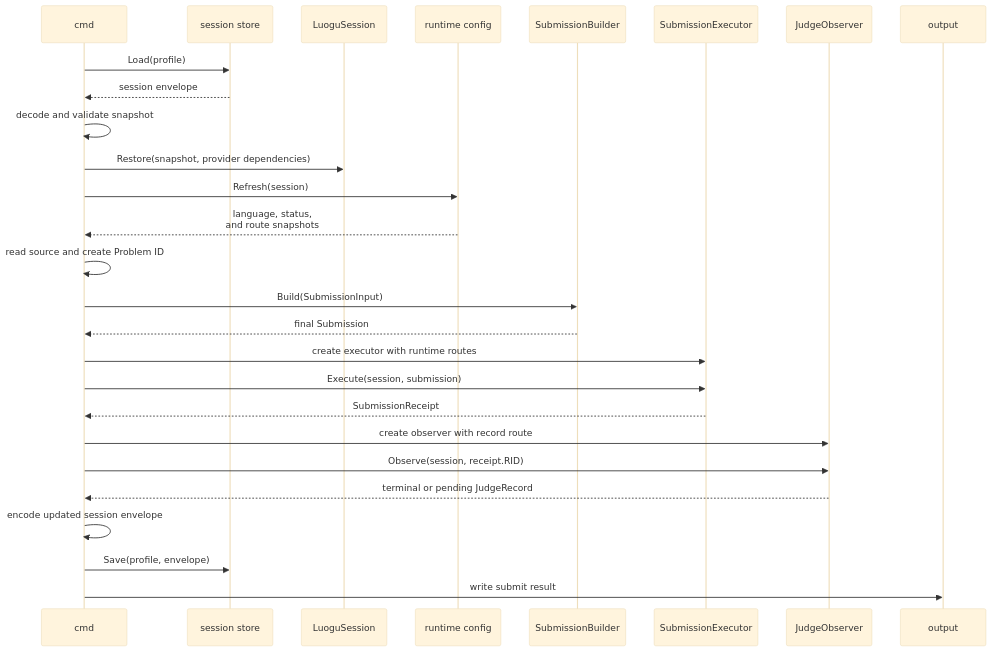
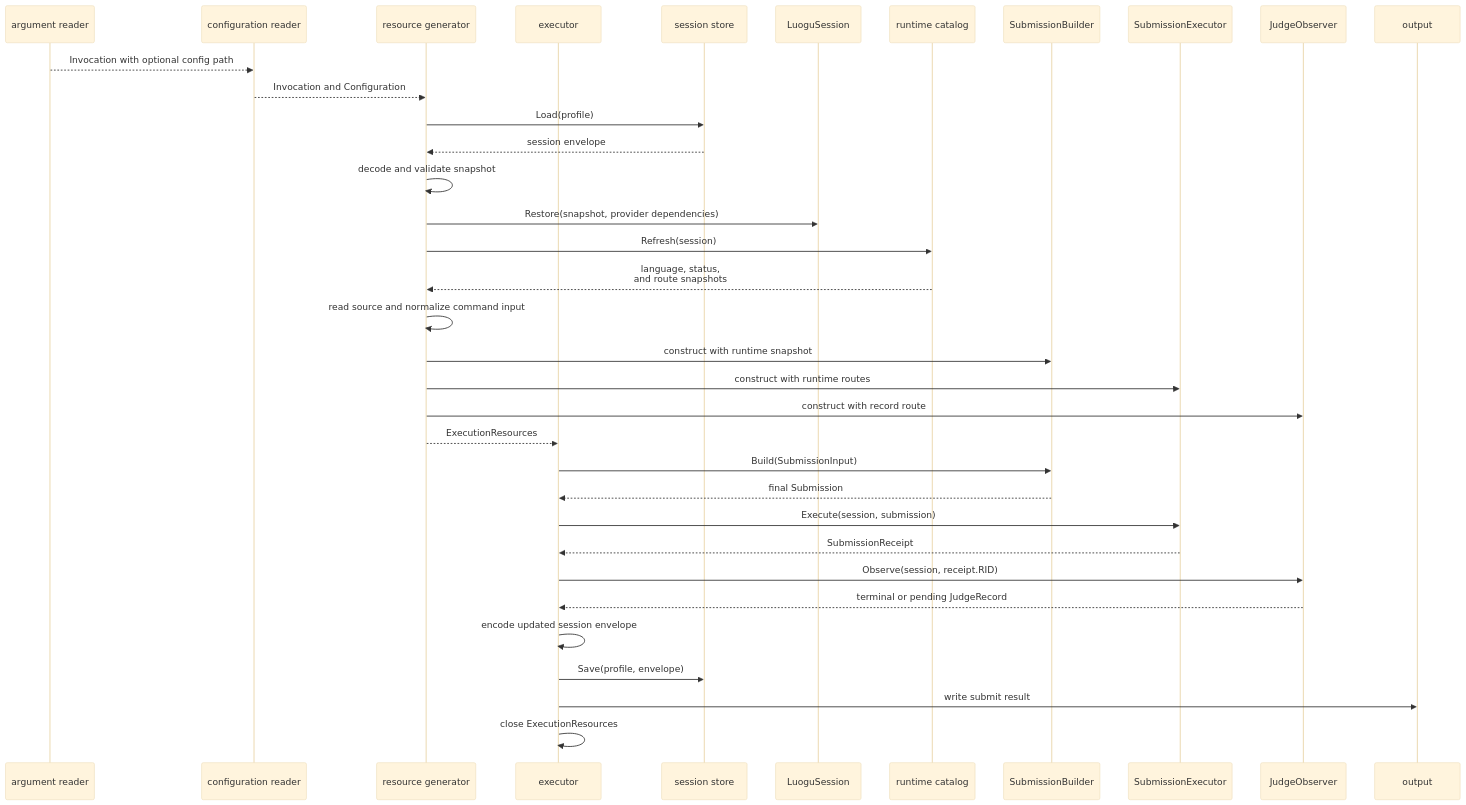
The fifth of 5 diagrams in docs/design/cmd.md (haomingbai/lgc), drawn with Mermaid (base theme) before and after one commit. The commit also changed other lines of this file and 1 other file, not shown here.

Commit message:
docs(design): define command pipeline stages

````diff
--- a/docs/design/cmd.md
+++ b/docs/design/cmd.md
@@ -172,30 +296,38 @@
 ```mermaid
 sequenceDiagram
-    participant C as cmd
+    participant A as argument reader
+    participant C as configuration reader
+    participant G as resource generator
+    participant E as executor
     participant T as session store
     participant S as LuoguSession
-    participant R as runtime config
+    participant R as runtime catalog
     participant B as SubmissionBuilder
-    participant E as SubmissionExecutor
+    participant X as SubmissionExecutor
     participant J as JudgeObserver
     participant O as output
 
-    C->>T: Load(profile)
-    T-->>C: session envelope
-    C->>C: decode and validate snapshot
-    C->>S: Restore(snapshot, provider dependencies)
-    C->>R: Refresh(session)
-    R-->>C: language, status,<br/>and route snapshots
-    C->>C: read source and create Problem ID
-    C->>B: Build(SubmissionInput)
-    B-->>C: final Submission
-    C->>E: create executor with runtime routes
-    C->>E: Execute(session, submission)
-    E-->>C: SubmissionReceipt
-    C->>J: create observer with record route
-    C->>J: Observe(session, receipt.RID)
-    J-->>C: terminal or pending JudgeRecord
-    C->>C: encode updated session envelope
-    C->>T: Save(profile, envelope)
-    C->>O: write submit result
+    A-->>C: Invocation with optional config path
+    C-->>G: Invocation and Configuration
+    G->>T: Load(profile)
+    T-->>G: session envelope
+    G->>G: decode and validate snapshot
+    G->>S: Restore(snapshot, provider dependencies)
+    G->>R: Refresh(session)
+    R-->>G: language, status,<br/>and route snapshots
+    G->>G: read source and normalize command input
+    G->>B: construct with runtime snapshot
+    G->>X: construct with runtime routes
+    G->>J: construct with record route
+    G-->>E: ExecutionResources
+    E->>B: Build(SubmissionInput)
+    B-->>E: final Submission
+    E->>X: Execute(session, submission)
+    X-->>E: SubmissionReceipt
+    E->>J: Observe(session, receipt.RID)
+    J-->>E: terminal or pending JudgeRecord
+    E->>E: encode updated session envelope
+    E->>T: Save(profile, envelope)
+    E->>O: write submit result
+    E->>E: close ExecutionResources
 ```
````
